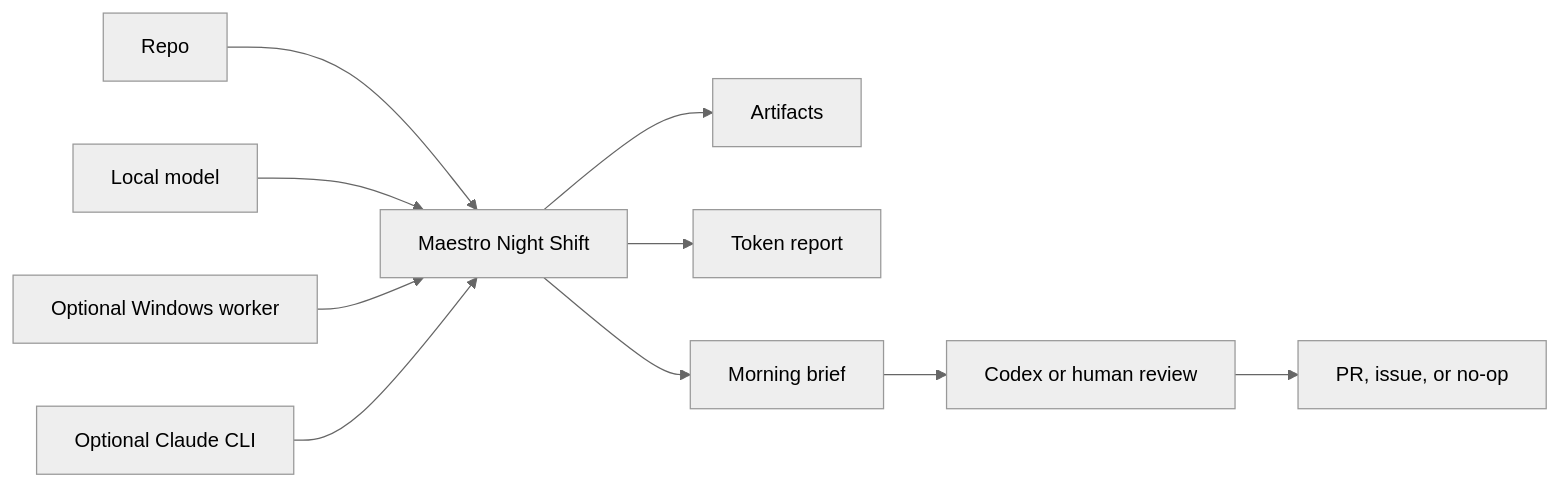
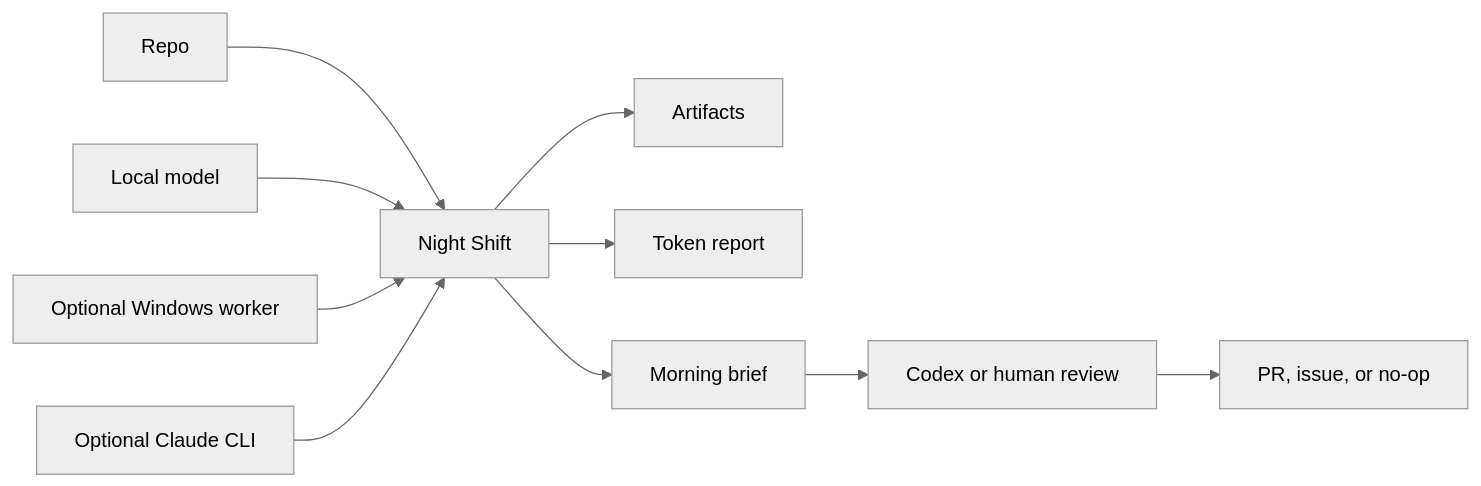
Before and after one commit to r3dbars/nightshift: the diagram in skills/maestro-overnight/README.md, drawn with Mermaid (neutral theme). The commit also changed other lines of this file and 8 other files, not shown here.

Commit message:
Rename product to Night Shift

````diff
--- a/skills/maestro-overnight/README.md
+++ b/skills/maestro-overnight/README.md
@@ -80,12 +80,12 @@
 ```mermaid
 flowchart LR
-    A["Repo"] --> B["Maestro Night Shift"]
+    A["Repo"] --> B["Night Shift"]
     C["Local model"] --> B
     D["Optional Windows worker"] --> B
     E["Optional Claude CLI"] --> B
     B --> F["Artifacts"]
     B --> G["Token report"]
     B --> H["Morning brief"]
     H --> I["Codex or human review"]
     I --> J["PR, issue, or no-op"]
 ```
````
